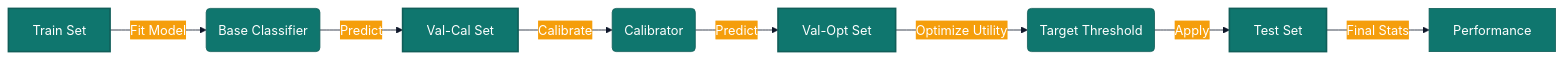
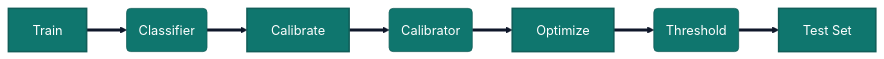
The third of 4 diagrams in README.md (Pablo-Molla-Charlez/SecondaryModel), drawn with Mermaid before and after one commit. The commit also changed other lines of this file, not shown here.

````diff
--- a/README.md
+++ b/README.md
@@ -86,13 +86,13 @@
 ```mermaid
 %%{init: {'theme': 'base', 'themeVariables': { 'primaryColor': '#0f766e', 'primaryBorderColor': '#115e59', 'primaryTextColor': '#ffffff', 'secondaryColor': '#f59e0b', 'tertiaryColor': '#dbeafe', 'lineColor': '#0f172a', 'background': '#ffffff'}}}%%
 flowchart LR
-    A[Train Set] -->|Fit Model| B(Base Classifier)
-    B -->|Predict| C[Val-Cal Set]
-    C -->|Calibrate| D(Calibrator)
-    D -->|Predict| E[Val-Opt Set]
-    E -->|Optimize Utility| F(Target Threshold)
-    F -->|Apply| G[Test Set]
-    G -->|Final Stats| H[Performance]
+    A[Train] --> B(Classifier)
+    B --> C[Calibrate]
+    C --> D(Calibrator)
+    D --> E[Optimize]
+    E --> F(Threshold)
+    F --> G[Test Set]
     classDef split fill:#0f766e,stroke:#115e59,color:#ffffff,stroke-width:2px;
     class A,C,E,G split;
+    linkStyle default stroke:#0f172a,stroke-width:4px;
 ```
````
